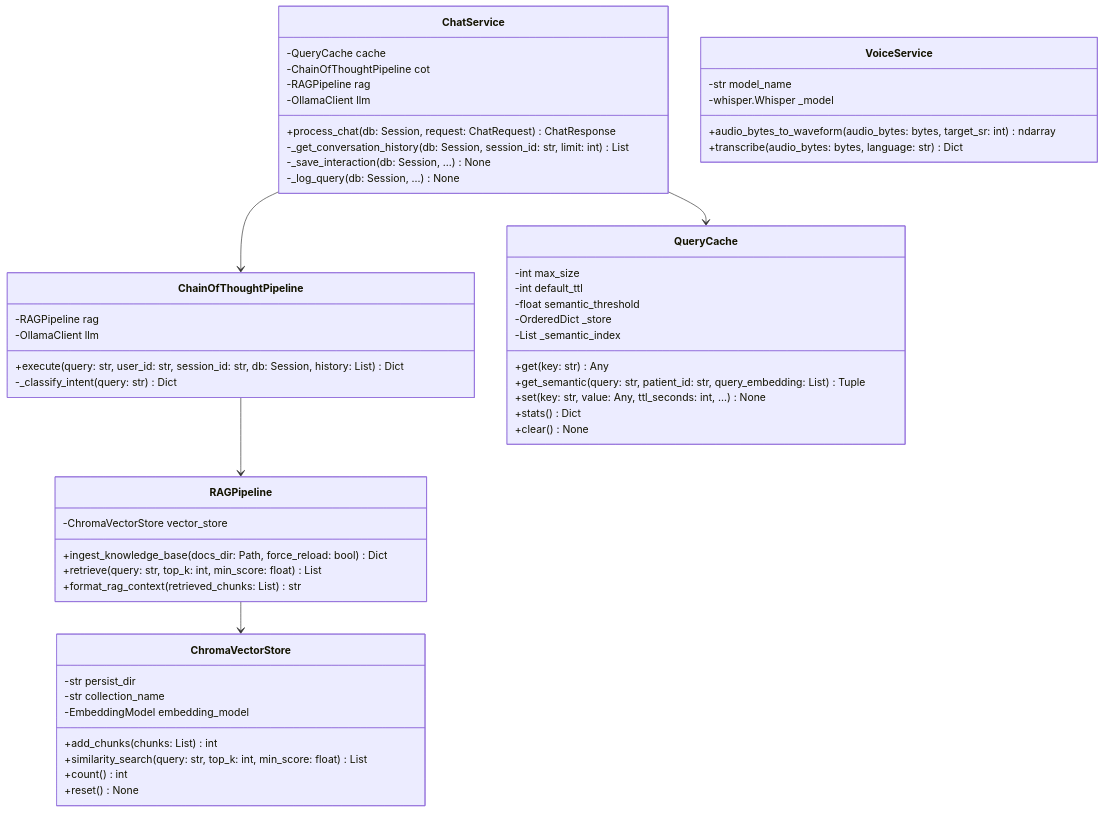
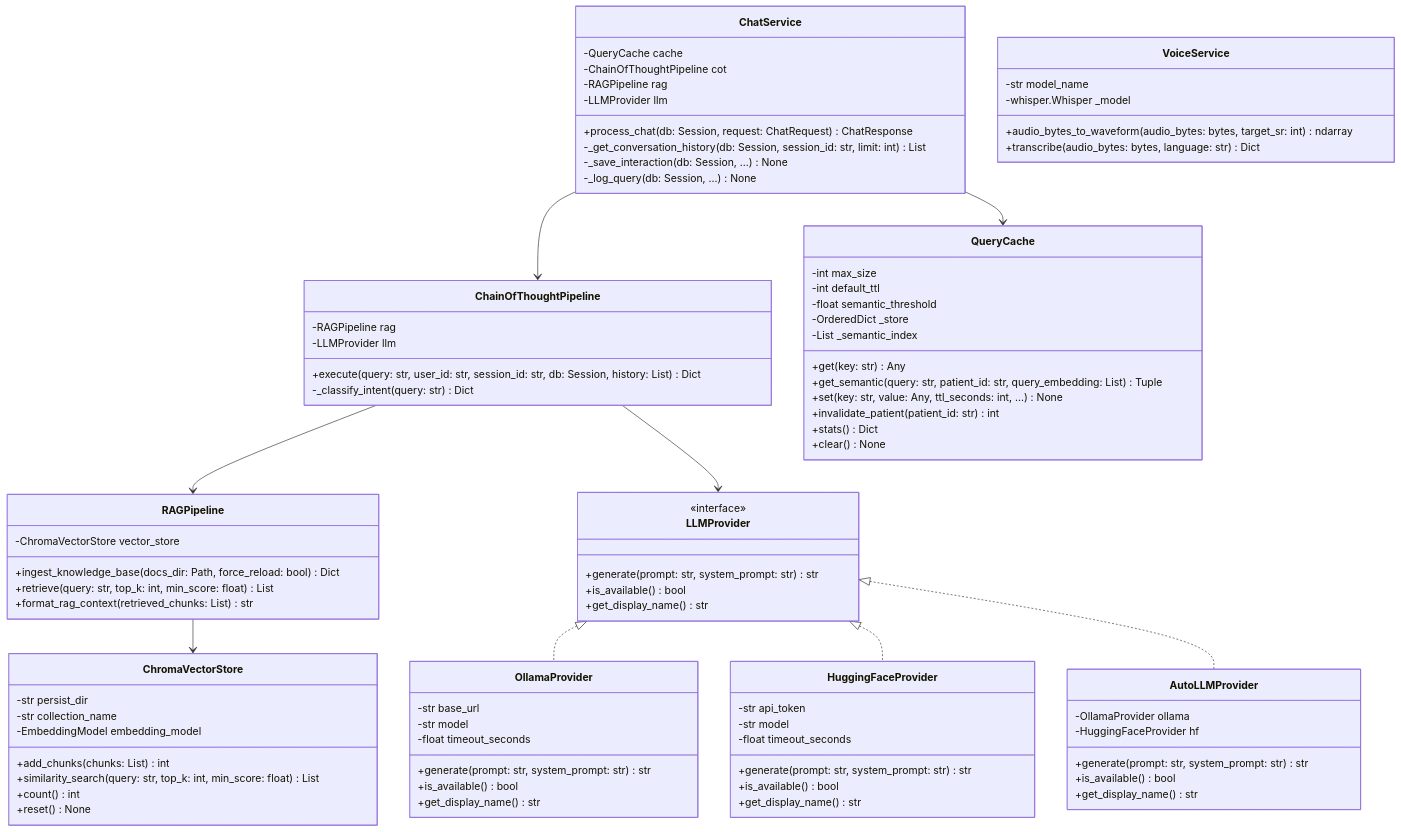
The diagram in docs/LLD.md (DG-Modi/MedTwin-AI), drawn with Mermaid before and after one commit. The commit also changed other lines of this file and 32 other files, not shown here.

Commit message:
feat: complete Problem Statement 2 with pluggable LLM provider, emergency cleanup, answer quality, and cache verification

````diff
--- a/docs/LLD.md
+++ b/docs/LLD.md
@@ -8,7 +8,7 @@
         -QueryCache cache
         -ChainOfThoughtPipeline cot
         -RAGPipeline rag
-        -OllamaClient llm
+        -LLMProvider llm
         +process_chat(db: Session, request: ChatRequest) ChatResponse
         -_get_conversation_history(db: Session, session_id: str, limit: int) List
         -_save_interaction(db: Session, ...) None
@@ -17,9 +17,42 @@
 
     class ChainOfThoughtPipeline {
         -RAGPipeline rag
-        -OllamaClient llm
+        -LLMProvider llm
         +execute(query: str, user_id: str, session_id: str, db: Session, history: List) Dict
         -_classify_intent(query: str) Dict
+    }
+
+    class LLMProvider {
+        <<interface>>
+        +generate(prompt: str, system_prompt: str) str
+        +is_available() bool
+        +get_display_name() str
+    }
+
+    class OllamaProvider {
+        -str base_url
+        -str model
+        -float timeout_seconds
+        +generate(prompt: str, system_prompt: str) str
+        +is_available() bool
+        +get_display_name() str
+    }
+
+    class HuggingFaceProvider {
+        -str api_token
+        -str model
+        -float timeout_seconds
+        +generate(prompt: str, system_prompt: str) str
+        +is_available() bool
+        +get_display_name() str
+    }
+
+    class AutoLLMProvider {
+        -OllamaProvider ollama
+        -HuggingFaceProvider hf
+        +generate(prompt: str, system_prompt: str) str
+        +is_available() bool
+        +get_display_name() str
     }
 
     class QueryCache {
@@ -31,6 +64,7 @@
         +get(key: str) Any
         +get_semantic(query: str, patient_id: str, query_embedding: List) Tuple
         +set(key: str, value: Any, ttl_seconds: int, ...) None
+        +invalidate_patient(patient_id: str) int
         +stats() Dict
         +clear() None
     }
@@ -59,8 +93,13 @@
         +transcribe(audio_bytes: bytes, language: str) Dict
     }
 
+    LLMProvider <|.. OllamaProvider
+    LLMProvider <|.. HuggingFaceProvider
+    LLMProvider <|.. AutoLLMProvider
+
     ChatService --> ChainOfThoughtPipeline
     ChatService --> QueryCache
     ChainOfThoughtPipeline --> RAGPipeline
+    ChainOfThoughtPipeline --> LLMProvider
     RAGPipeline --> ChromaVectorStore
 ```
````
